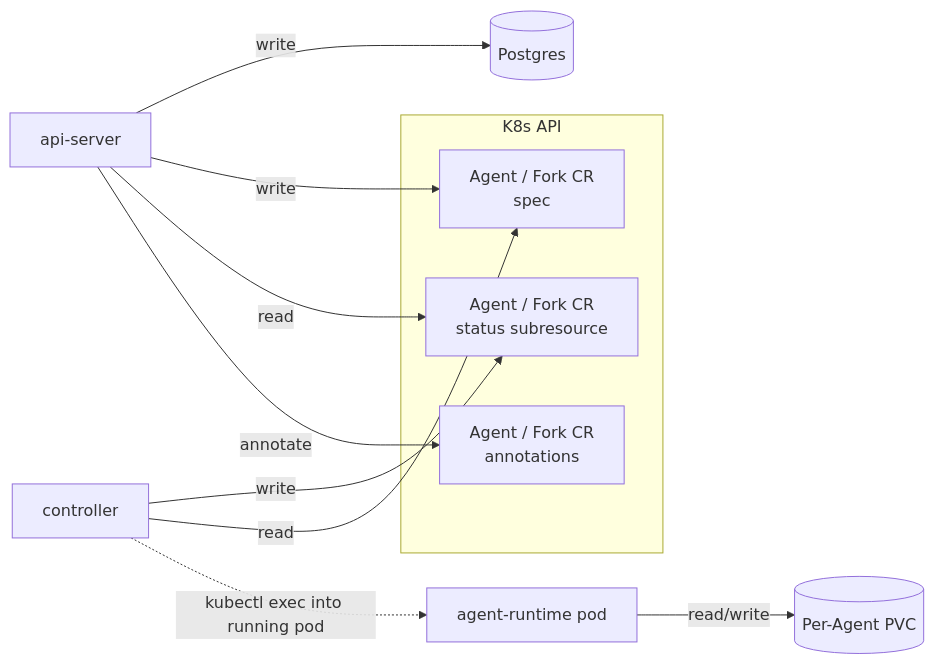
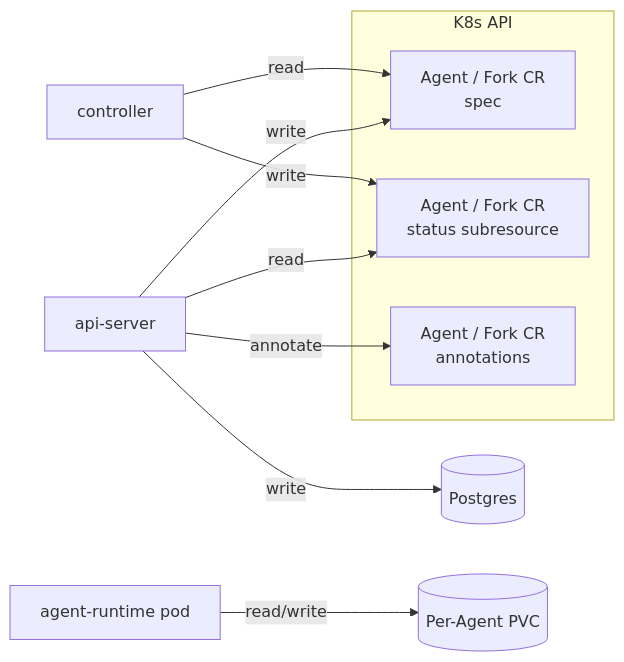
The diagram in docs/architecture/persistence.md (subbyte/dam), drawn with Mermaid before and after one commit. The commit also changed other lines of this file and 3 other files, not shown here.

First line of the commit message:
docs(architecture): trigger delivery via runtime outbox, not controller exec (#900)

````diff
--- a/docs/architecture/persistence.md
+++ b/docs/architecture/persistence.md
@@ -24,27 +24,26 @@
 ```mermaid
 flowchart LR
   api-server[api-server]
   controller[controller]
   agent-runtime[agent-runtime pod]
 
   postgres[(Postgres)]
 
   subgraph k8s[K8s API]
     cr-spec[Agent / Fork CR<br/>spec]
     cr-status[Agent / Fork CR<br/>status subresource]
     cr-anno[Agent / Fork CR<br/>annotations]
   end
 
   pvc[(Per-Agent PVC)]
 
   api-server -->|write| postgres
   api-server -->|write| cr-spec
   api-server -->|read| cr-status
   api-server -->|annotate| cr-anno
 
   controller -->|write| cr-status
   controller -->|read| cr-spec
-  controller -.kubectl exec into running pod.-> agent-runtime
 
   agent-runtime -->|read/write| pvc
 ```
````
